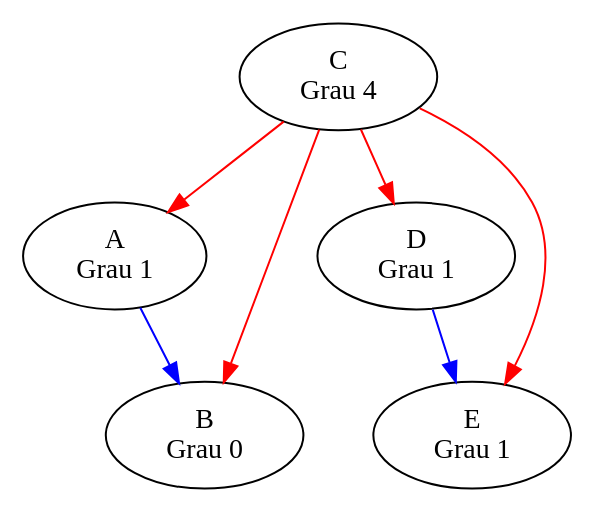
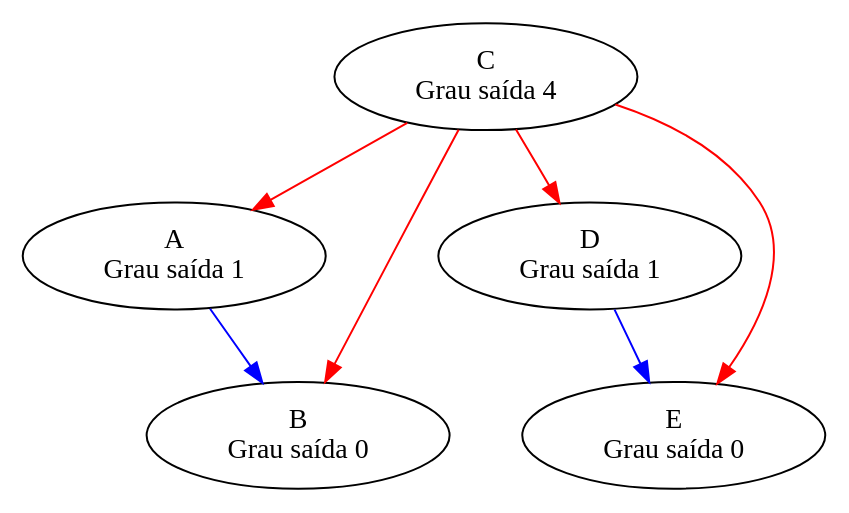
One commit to davigledson/graph_studies changed the diagram in q2_9_grau_grafo_direcionado.dot. Above: the diagram before and after it, drawn with Graphviz. The commit also changed 27 other files, not shown here.

```diff
--- a/q2_9_grau_grafo_direcionado.dot
+++ b/q2_9_grau_grafo_direcionado.dot
@@ -1,16 +1,16 @@
 digraph GrafoDirecionado {
 
-    C [label="C\n Grau 4"];
-    A [label="A\nGrau 1"];
-    B [label="B\n Grau 0"];
-    D [label="D\n Grau 1"];
-    E [label="E\n Grau 1"];
+    C [label="C\nGrau saída 4"];
+    A [label="A\nGrau saída 1"];
+    B [label="B\nGrau saída 0"];
+    D [label="D\nGrau saída 1"];
+    E [label="E\nGrau saída 0"];
 
     C -> A [color=red];
     C -> B [color=red];
     C -> D [color=red];
     C -> E [color=red];
 
     A -> B [color=blue];
     D -> E [color=blue];
 }
```
